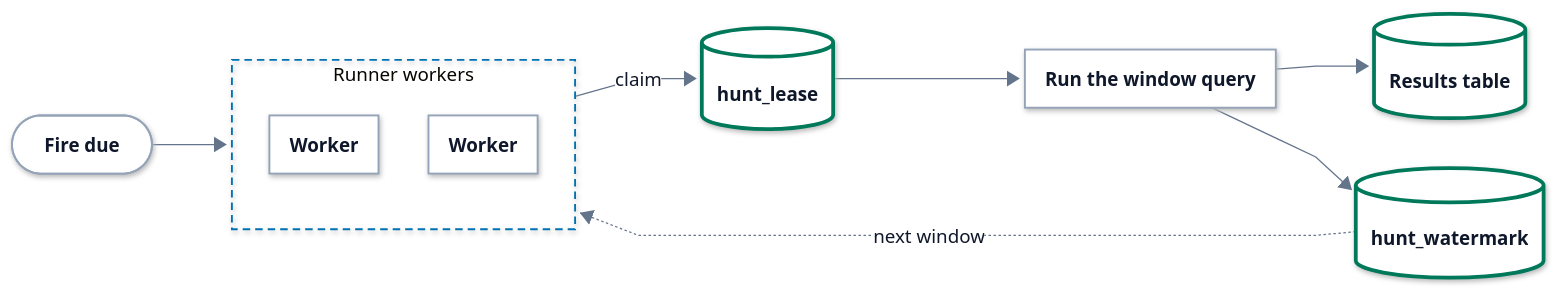
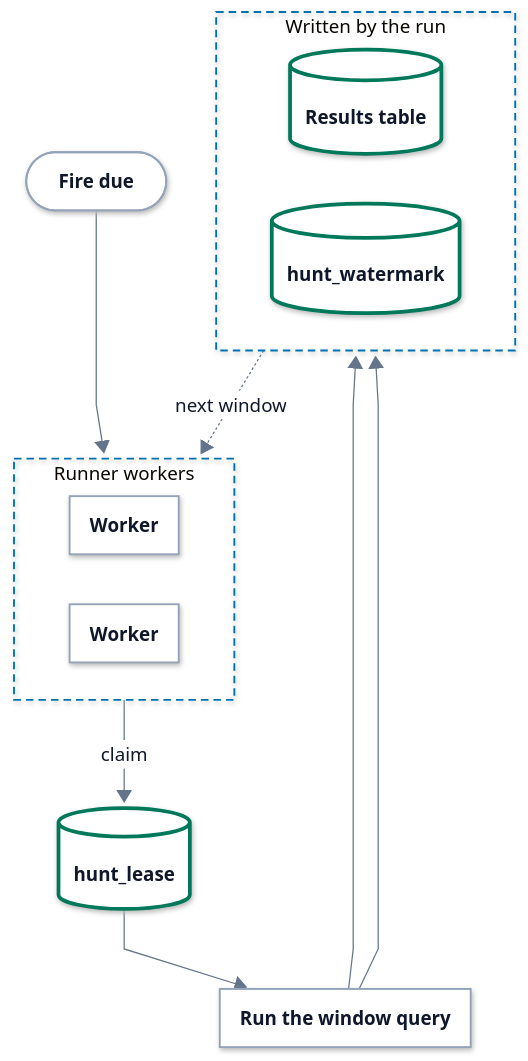
The fifth of 8 diagrams in docs/control-plane/governed-ops-design.md (hyperi-io/dfe-engine), drawn with Mermaid before and after one commit. The commit also changed other lines of this file and 32 other files, not shown here.

First line of the commit message:
docs(architecture): engine page to the standard, diagrams to 860 px (#1209)

````diff
--- a/docs/control-plane/governed-ops-design.md
+++ b/docs/control-plane/governed-ops-design.md
@@ -407,13 +410,14 @@
     .ui .label-icon{color:#D9480F}
     .ext .label-icon{color:#64748B}
 ---
-flowchart LR
+flowchart TB
   accTitle: L4 Detail -- Hunt claim and run
   accDescr: When a fire is due, runner workers race to claim it in hunt_lease. The winner runs the window query, writes matched rows to the results table and advances hunt_watermark, which sets the next window.
 
   due(["<b>Fire due</b>"])
 
   subgraph workers["Runner workers"]
+    direction LR
     w1["<b>Worker</b>"]
     w2["<b>Worker</b>"]
   end
@@ -422,8 +426,11 @@
 
   run["<b>Run the window query</b>"]
 
-  results[("<b>Results table</b>")]
-  watermark[("<b>hunt_watermark</b>")]
+  subgraph written["Written by the run"]
+    direction LR
+    results[("<b>Results table</b>")]
+    watermark[("<b>hunt_watermark</b>")]
+  end
 
   due --> workers
   workers -->|claim| lease
@@ -431,6 +438,8 @@
   run --> results
   run --> watermark
   watermark -.->|next window| workers
+  class lease,results,watermark store
+  class due,w1,w2,run part
   classDef ext fill:#F4F6F8,stroke:#94A3B8,stroke-width:1.5px,stroke-dasharray:5 4,color:#0F172A
   classDef ingest fill:#FFFFFF,stroke:#0E8A7D,stroke-width:3px,color:#0F172A
   classDef xform fill:#FFFFFF,stroke:#7B4FB0,stroke-width:3px,color:#0F172A
@@ -442,7 +451,6 @@
   classDef error fill:#FFFFFF,stroke:#C2410C,stroke-width:3px,color:#0F172A
   classDef control fill:#FFFFFF,stroke:#334155,stroke-width:3px,color:#0F172A
   classDef part fill:#FFFFFF,stroke:#94A3B8,stroke-width:1.5px,color:#0F172A
-  class lease,results,watermark store
-  class due,w1,w2,run part
   style workers fill:none,stroke:#0072B2,stroke-width:1.5px,stroke-dasharray:6 4
+  style written fill:none,stroke:#0072B2,stroke-width:1.5px,stroke-dasharray:6 4
 ```
````
